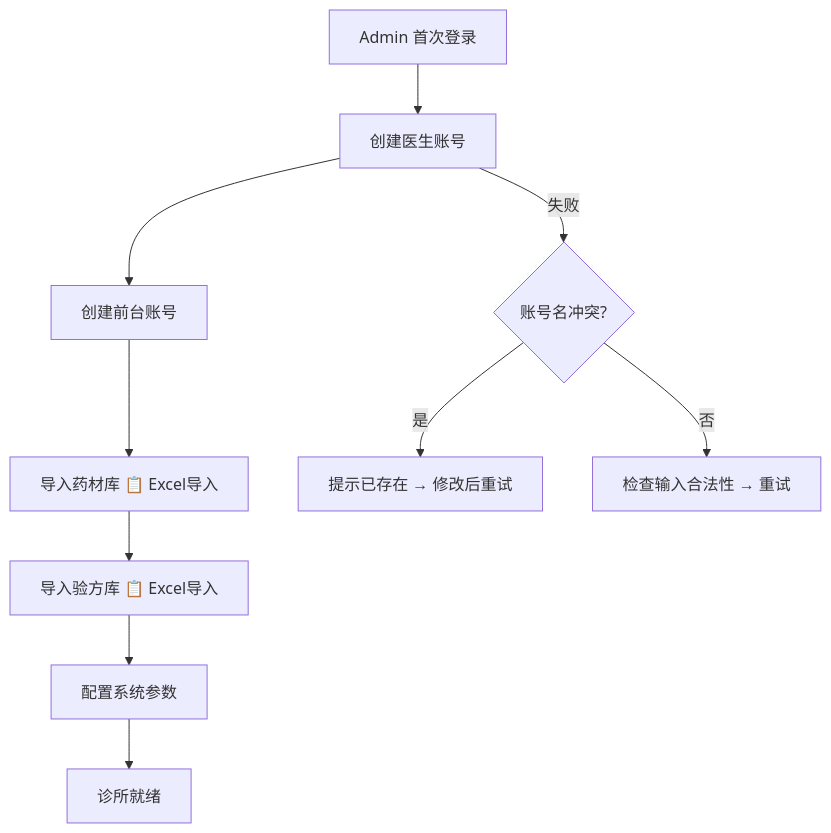
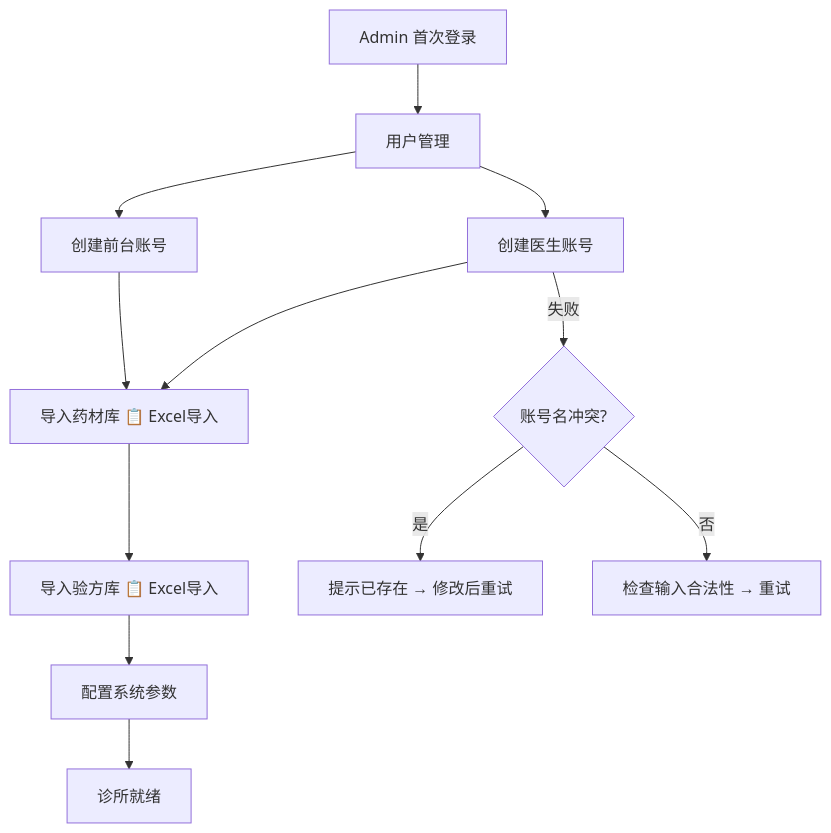
The second of 8 diagrams in docs/01-product/02-personas.md (shouqitao/LYBTZYZS), drawn with Mermaid before and after one commit. The commit also changed other lines of this file, not shown here.

Commit message:
docs(personas): fix Admin flow - doctor/receptionist creation as parallel operations

````diff
--- a/docs/01-product/02-personas.md
+++ b/docs/01-product/02-personas.md
@@ -111,13 +111,15 @@
 ```mermaid
 flowchart TD
-    A[Admin 首次登录] --> B[创建医生账号]
-    B --> C[创建前台账号]
-    C --> D[导入药材库 📋 Excel导入]
-    D --> E[导入验方库 📋 Excel导入]
-    E --> F[配置系统参数]
-    F --> G[诊所就绪]
+    A[Admin 首次登录] --> B[用户管理]
+    B --> B1[创建医生账号]
+    B --> B2[创建前台账号]
+    B1 --> C[导入药材库 📋 Excel导入]
+    B2 --> C
+    C --> D[导入验方库 📋 Excel导入]
+    D --> E[配置系统参数]
+    E --> F[诊所就绪]
 
-    B -->|失败| B1{账号名冲突?}
-    B1 -->|是| B2[提示已存在 → 修改后重试]
-    B1 -->|否| B3[检查输入合法性 → 重试]
+    B1 -->|失败| B1a{账号名冲突?}
+    B1a -->|是| B1b[提示已存在 → 修改后重试]
+    B1a -->|否| B1c[检查输入合法性 → 重试]
 ```
````
